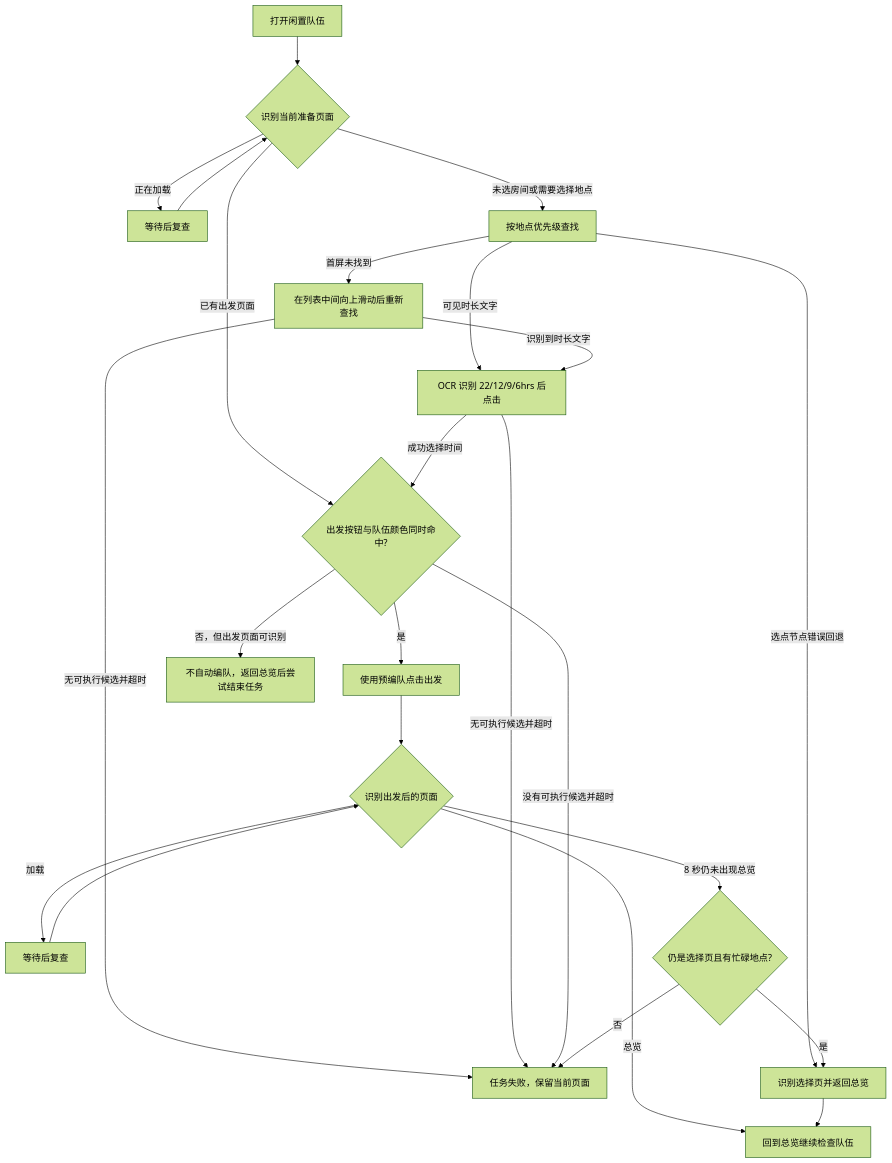
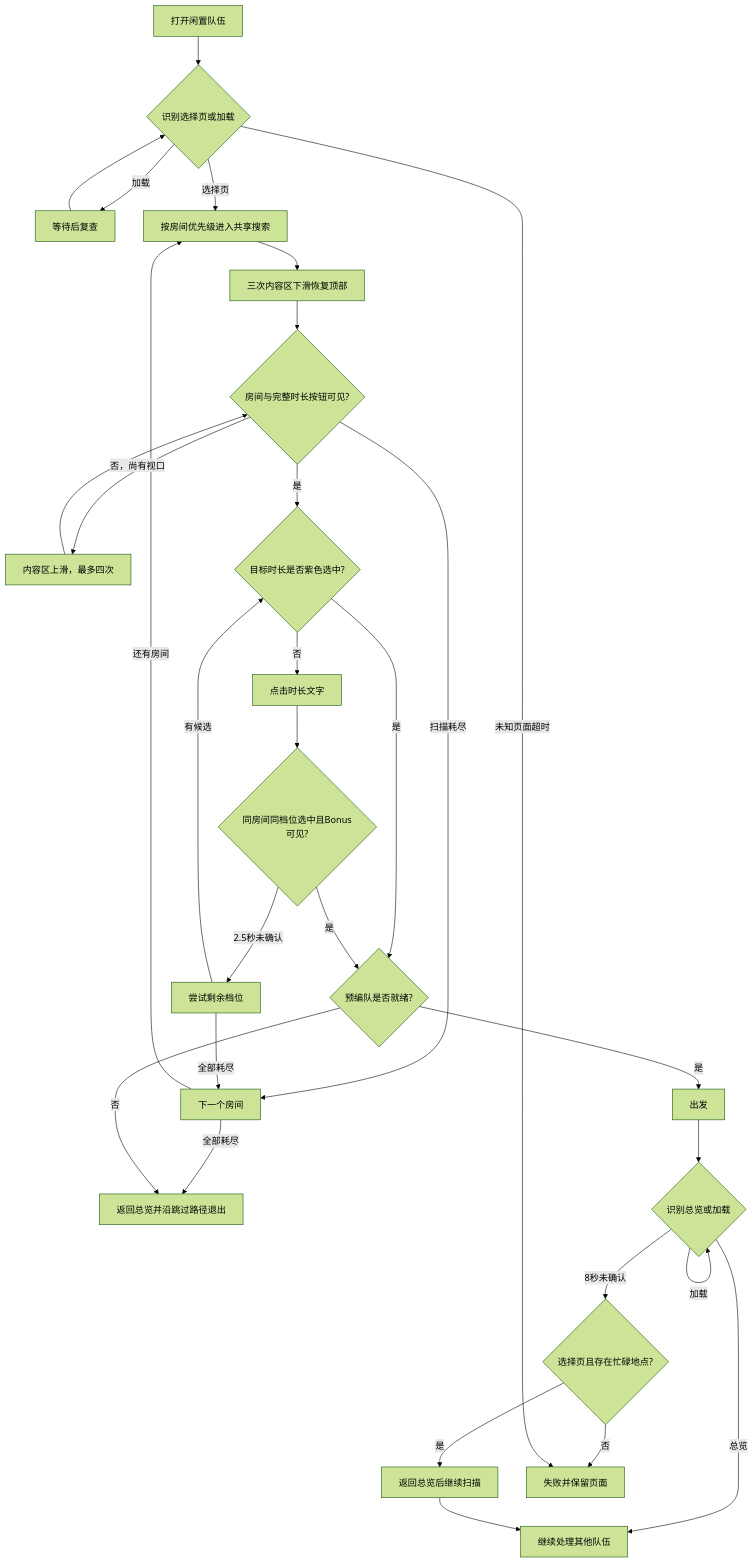
One commit to cccrx1/TKFMaa changed the second of 2 diagrams in docs/zh_cn/tasks/daily_dispatch.md. Above: the diagram before and after it, drawn with Mermaid (forest theme). The commit also changed other lines of this file and 4 other files, not shown here.

````diff
--- a/docs/zh_cn/tasks/daily_dispatch.md
+++ b/docs/zh_cn/tasks/daily_dispatch.md
@@ -67,26 +67,32 @@
 ```mermaid
 flowchart TD
-    Start[打开闲置队伍] --> State{识别当前准备页面}
-    State -->|正在加载| Wait[等待后复查]
+    Start[打开闲置队伍] --> State{识别选择页或加载}
+    State -->|加载| Wait[等待后复查]
     Wait --> State
-    State -->|未选房间或需要选择地点| Location[按地点优先级查找]
-    Location -->|可见时长文字| Time[OCR 识别 22/12/9/6hrs 后点击]
-    Location -->|首屏未找到| Swipe[在列表中间向上滑动后重新查找]
-    Swipe -->|识别到时长文字| Time
-    Swipe -->|无可执行候选并超时| Fail
-    Location -->|选点节点错误回退| Return[识别选择页并返回总览]
-    State -->|已有出发页面| Team{出发按钮与队伍颜色同时命中?}
-    Time -->|成功选择时间| Team
-    Time -->|无可执行候选并超时| Fail
-    Team -->|是| Launch[使用预编队点击出发]
-    Team -->|否，但出发页面可识别| Abort[不自动编队，返回总览后尝试结束任务]
-    Team -->|没有可执行候选并超时| Fail[任务失败，保留当前页面]
-    Launch --> After{识别出发后的页面}
-    After -->|加载| Loading[等待后复查]
-    Loading --> After
-    After -->|8 秒仍未出现总览| Fallback{仍是选择页且有忙碌地点?}
-    Fallback -->|是| Return
-    Fallback -->|否| Fail
-    After -->|总览| Scan[回到总览继续检查队伍]
+    State -->|选择页| Room[按房间优先级进入共享搜索]
+    Room --> Reset[三次内容区下滑恢复顶部]
+    Reset --> Search{房间与完整时长按钮可见?}
+    Search -->|否，尚有视口| Swipe[内容区上滑，最多四次]
+    Swipe --> Search
+    Search -->|扫描耗尽| Next[下一个房间]
+    Search -->|是| Selected{目标时长是否紫色选中?}
+    Selected -->|是| Team{预编队是否就绪?}
+    Selected -->|否| Pick[点击时长文字]
+    Pick --> Verify{同房间同档位选中且Bonus可见?}
+    Verify -->|是| Team
+    Verify -->|2.5秒未确认| Remaining[尝试剩余档位]
+    Remaining -->|有候选| Selected
+    Remaining -->|全部耗尽| Next
+    Next -->|还有房间| Room
+    Next -->|全部耗尽| Skip[返回总览并沿跳过路径退出]
+    Team -->|否| Skip
+    Team -->|是| Launch[出发]
+    Launch --> After{识别总览或加载}
+    After -->|加载| After
+    After -->|总览| Scan[继续处理其他队伍]
+    After -->|8秒未确认| Fallback{选择页且存在忙碌地点?}
+    Fallback -->|是| Return[返回总览后继续扫描]
+    Fallback -->|否| Fail[失败并保留页面]
     Return --> Scan
+    State -->|未知页面超时| Fail
 ```
````
